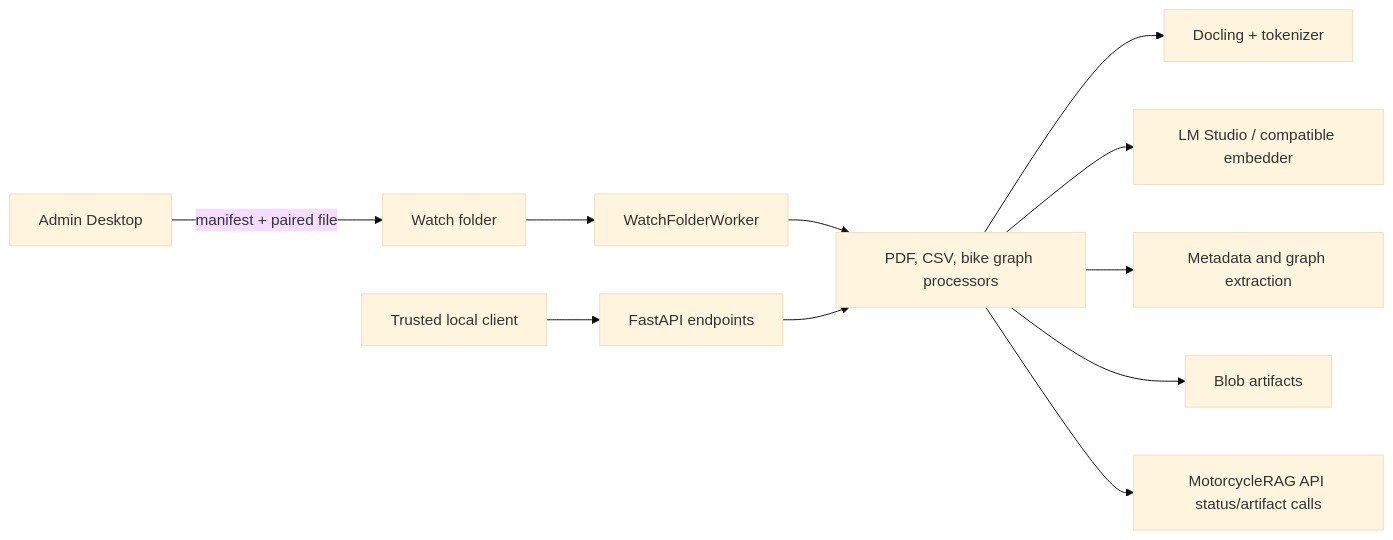
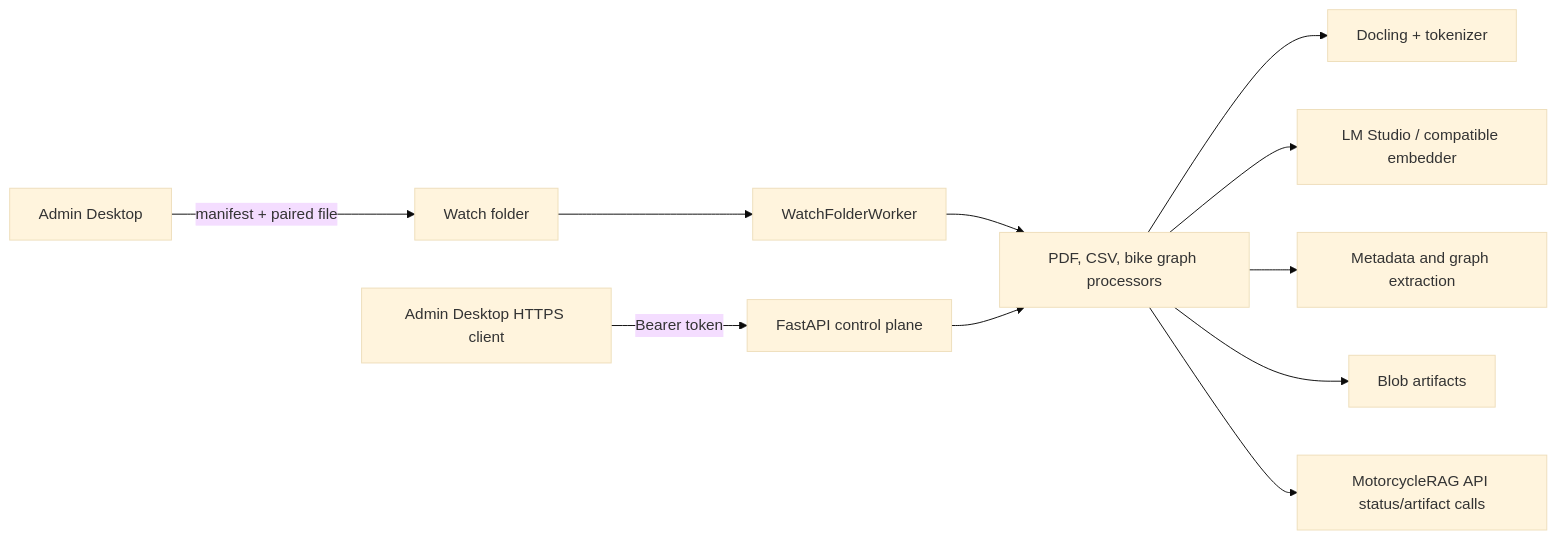
Before and after one commit to dpalfery/motorcycle-rag-system: the diagram in 6-Docs/local-processing-service/architecture.md, drawn with Mermaid (base theme). The commit also changed other lines of this file and 67 other files, not shown here.

````diff
--- a/6-Docs/local-processing-service/architecture.md
+++ b/6-Docs/local-processing-service/architecture.md
@@ -9,13 +9,13 @@
 ```mermaid
 flowchart LR
     Admin["Admin Desktop"] -->|"manifest + paired file"| Watch["Watch folder"]
     Watch --> Worker["WatchFolderWorker"]
-    Client["Trusted local client"] --> HTTP["FastAPI endpoints"]
+    Client["Admin Desktop HTTPS client"] -->|"Bearer token"| HTTP["FastAPI control plane"]
     Worker --> Processors["PDF, CSV, bike graph processors"]
     HTTP --> Processors
     Processors --> Chunking["Docling + tokenizer"]
     Processors --> Embeddings["LM Studio / compatible embedder"]
     Processors --> Graph["Metadata and graph extraction"]
     Processors --> Storage["Blob artifacts"]
     Processors --> API["MotorcycleRAG API status/artifact calls"]
 ```
````
